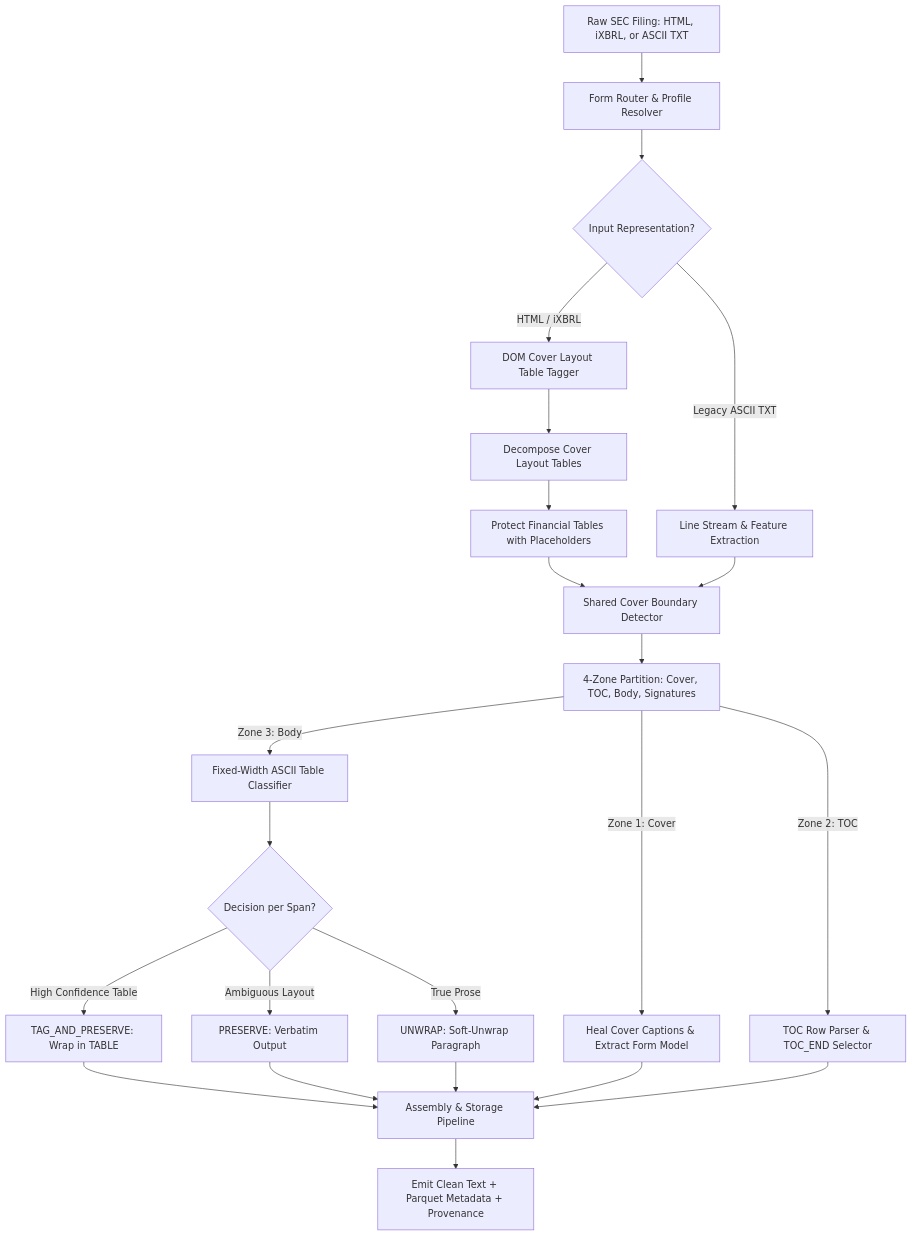
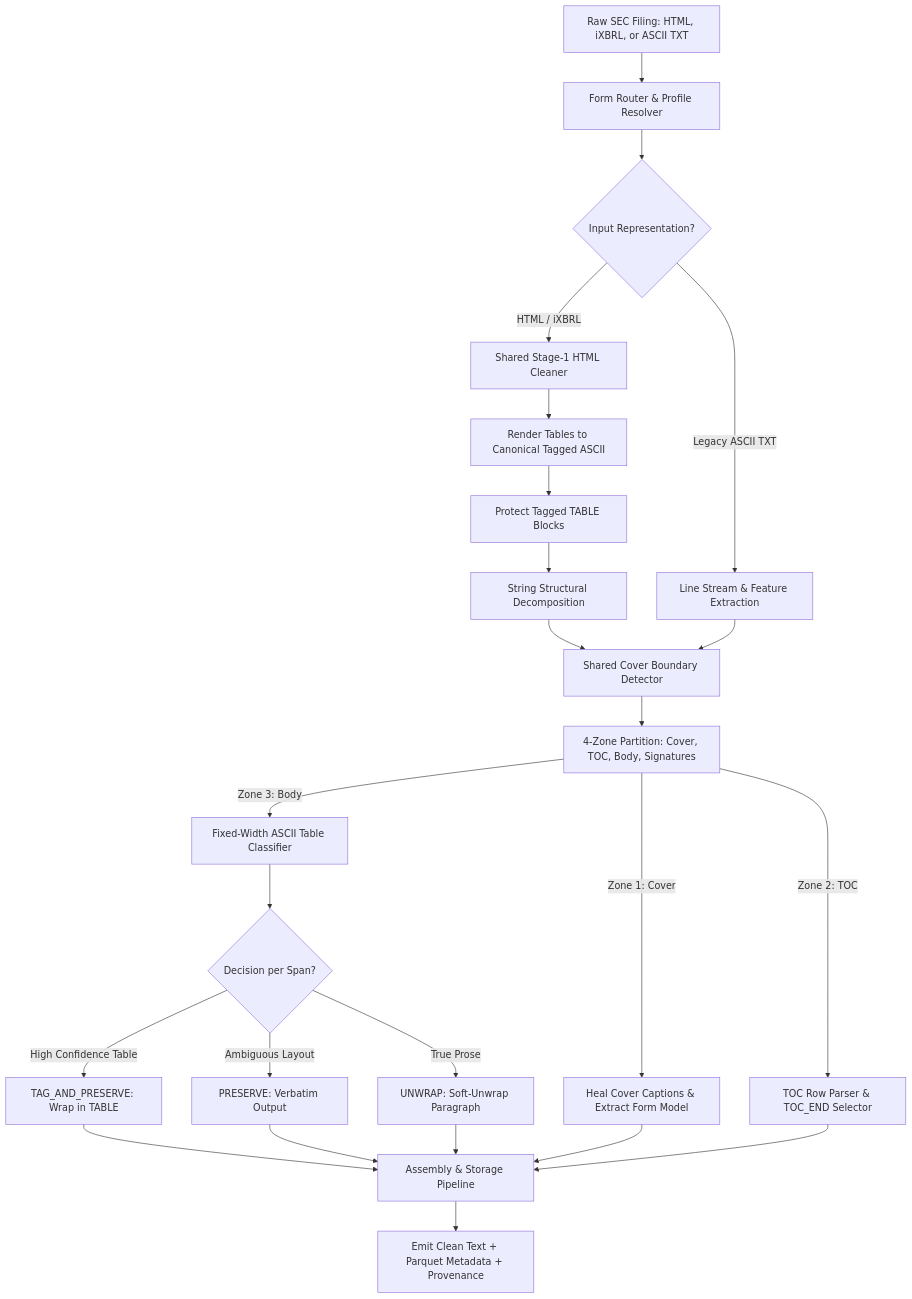
One commit to DerivedFunction01/edgar-sec changed the diagram in roadmap/processing_roadmap.md. Above: the diagram before and after it, drawn with Mermaid. The commit also changed other lines of this file and 71 other files, not shown here.

Commit message:
refactor: replace HTML DOM-based page marker discovery with a string-first fast_html adapter and reorganize text processing utilities.

````diff
--- a/roadmap/processing_roadmap.md
+++ b/roadmap/processing_roadmap.md
@@ -433,39 +433,40 @@
 ```mermaid
 flowchart TD
     RawInput[Raw SEC Filing: HTML, iXBRL, or ASCII TXT] --> Router[Form Router & Profile Resolver]
     Router --> RepSplit{Input Representation?}
     
     %% HTML Branch
-    RepSplit -->|HTML / iXBRL| HTMLCand[DOM Cover Layout Table Tagger]
-    HTMLCand --> HTMLConv[Decompose Cover Layout Tables]
-    HTMLConv --> HTMLProtect[Protect Financial Tables with Placeholders]
-    HTMLProtect --> SharedBound[Shared Cover Boundary Detector]
+    RepSplit -->|HTML / iXBRL| HTMLClean[Shared Stage-1 HTML Cleaner]
+    HTMLClean --> HTMLRender[Render Tables to Canonical Tagged ASCII]
+    HTMLRender --> HTMLProtect[Protect Tagged TABLE Blocks]
+    HTMLProtect --> HTMLDecompose[String Structural Decomposition]
+    HTMLDecompose --> SharedBound[Shared Cover Boundary Detector]
     
     %% ASCII Branch
     RepSplit -->|Legacy ASCII TXT| ASCIILines[Line Stream & Feature Extraction]
     ASCIILines --> SharedBound
     
     %% Shared Structural Partitioning
     SharedBound --> StructSplit[4-Zone Partition: Cover, TOC, Body, Signatures]
     
     %% Zone 1: Cover
     StructSplit -->|Zone 1: Cover| CoverHeal[Heal Cover Captions & Extract Form Model]
     
     %% Zone 2: TOC
     StructSplit -->|Zone 2: TOC| TOCParser[TOC Row Parser & TOC_END Selector]
     
     %% Zone 3: Body
     StructSplit -->|Zone 3: Body| TableClass[Fixed-Width ASCII Table Classifier]
     TableClass --> DecisionNode{Decision per Span?}
     DecisionNode -->|High Confidence Table| TagTable[TAG_AND_PRESERVE: Wrap in TABLE]
     DecisionNode -->|Ambiguous Layout| PresVerbatim[PRESERVE: Verbatim Output]
     DecisionNode -->|True Prose| ProseUnwrap[UNWRAP: Soft-Unwrap Paragraph]
     
     TagTable --> Assemble[Assembly & Storage Pipeline]
     PresVerbatim --> Assemble
     ProseUnwrap --> Assemble
     CoverHeal --> Assemble
     TOCParser --> Assemble
     
     Assemble --> Output[Emit Clean Text + Parquet Metadata + Provenance]
 ```
````
